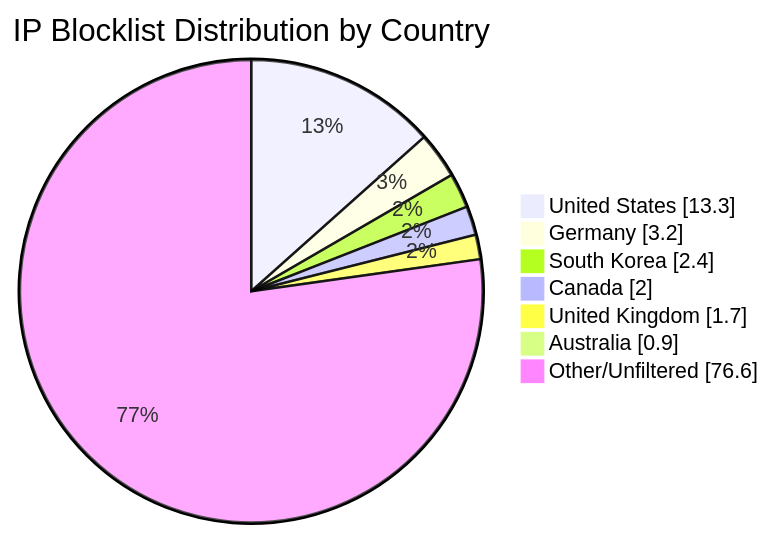
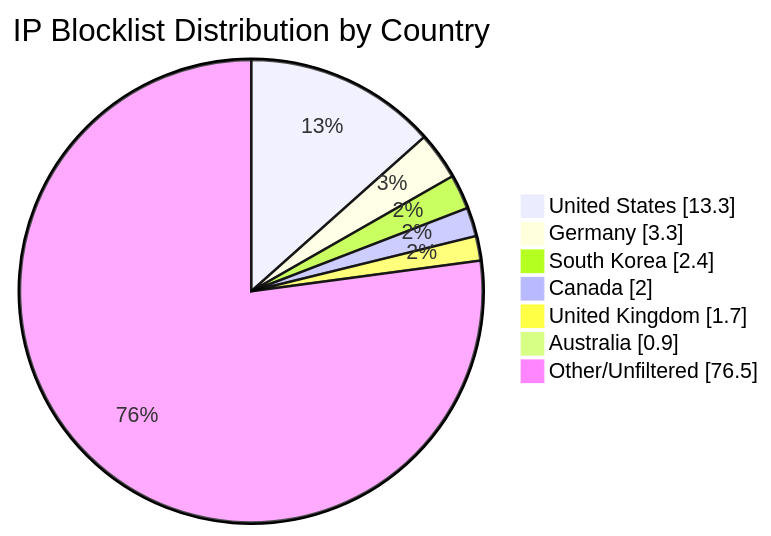
The diagram in README.md (MarcusHoltz/ipblocklist-geofiltered-aggregator), drawn with Mermaid before and after one commit. The commit also changed other lines of this file and 9 other files, not shown here.

````diff
--- a/README.md
+++ b/README.md
@@ -34,10 +34,10 @@
 ```mermaid
 pie showData title IP Blocklist Distribution by Country
 "United States" : 13.3
-"Germany" : 3.2
+"Germany" : 3.3
 "South Korea" : 2.4
 "Canada" : 2.0
 "United Kingdom" : 1.7
 "Australia" : 0.9
-"Other/Unfiltered" : 76.6
+"Other/Unfiltered" : 76.5
 ```
````
